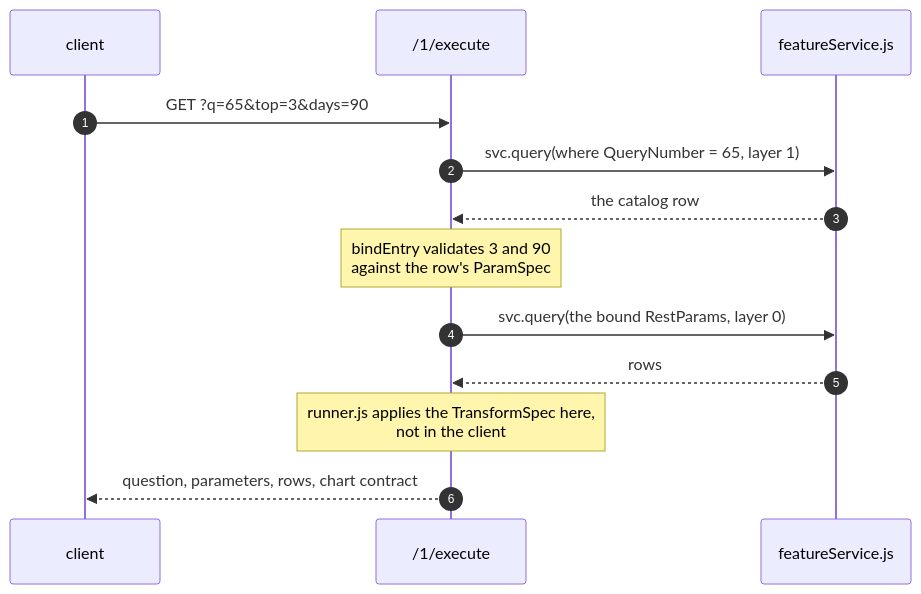
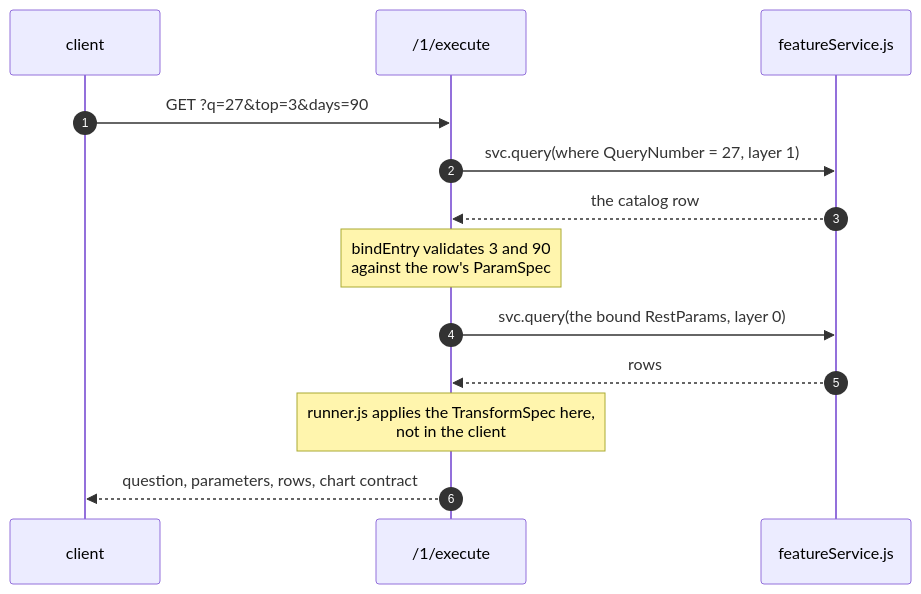
Before and after one commit to AshleyGahl/arcgis-rest-query-library: the fifth of 5 diagrams in docs/architecture.md, drawn with Mermaid. The commit also changed other lines of this file and 18 other files, not shown here.

````diff
--- a/docs/architecture.md
+++ b/docs/architecture.md
@@ -301,15 +301,15 @@
 ```mermaid
 sequenceDiagram
   autonumber
   participant C as client
   participant X as /1/execute
   participant E as featureService.js
-  C->>X: GET ?q=65&top=3&days=90
-  X->>E: svc.query(where QueryNumber = 65, layer 1)
+  C->>X: GET ?q=27&top=3&days=90
+  X->>E: svc.query(where QueryNumber = 27, layer 1)
   E-->>X: the catalog row
   Note over X: bindEntry validates 3 and 90<br/>against the row's ParamSpec
   X->>E: svc.query(the bound RestParams, layer 0)
   E-->>X: rows
   Note over X: runner.js applies the TransformSpec here,<br/>not in the client
   X-->>C: question, parameters, rows, chart contract
 ```
````
